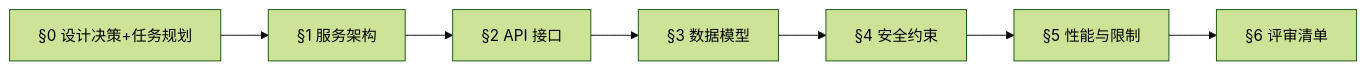
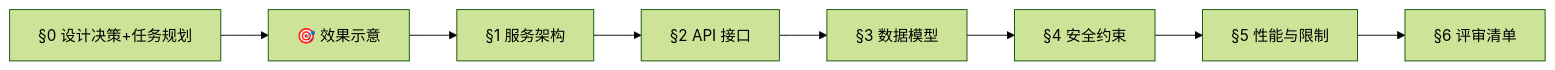
Before and after one commit to effiy/YrY: the sixth of 15 diagrams in skills/rui/formulas.md, drawn with Mermaid (forest theme). The commit also changed other lines of this file and 1 other file, not shown here.

````diff
--- a/skills/rui/formulas.md
+++ b/skills/rui/formulas.md
@@ -362,9 +376,10 @@
 ```mermaid
 flowchart LR
-    S0["§0 设计决策+任务规划"] --> S1["§1 服务架构"]
+    S0["§0 设计决策+任务规划"] --> SE["🎯 效果示意"]
+    SE --> S1["§1 服务架构"]
     S1 --> S2["§2 API 接口"]
     S2 --> S3["§3 数据模型"]
     S3 --> S4["§4 安全约束"]
     S4 --> S5["§5 性能与限制"]
     S5 --> S6["§6 评审清单"]
 ```
````
